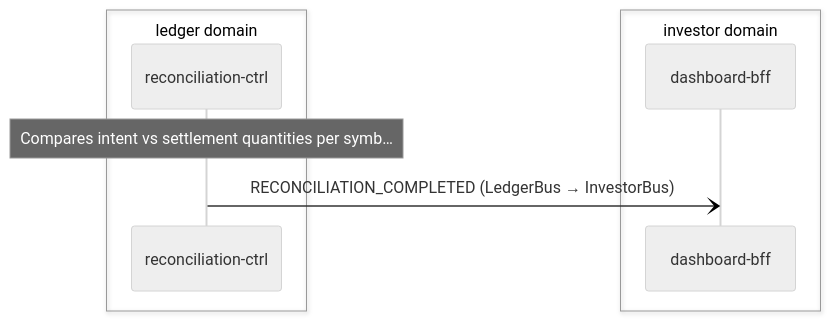
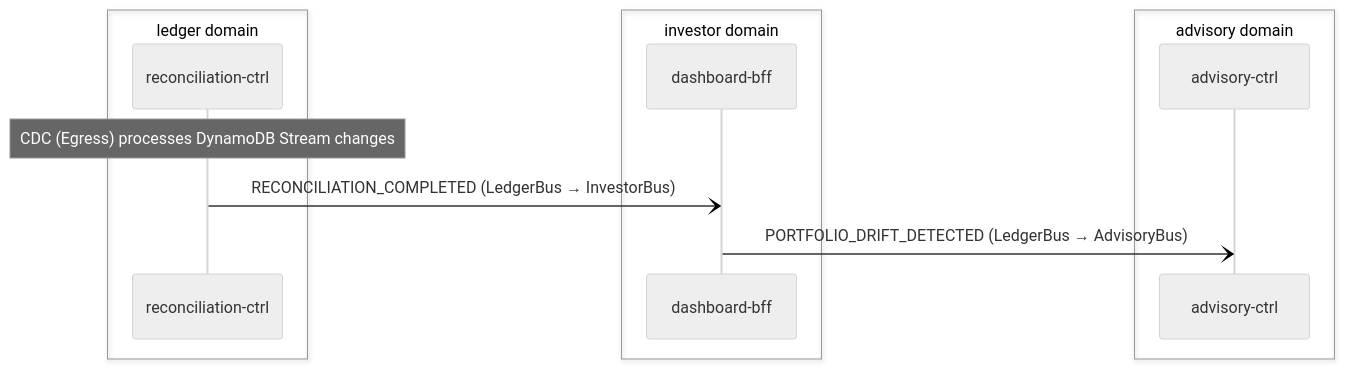
Before and after one commit to fabio-vitali/nestfolio: the second of 2 diagrams in docs/data-flows/reconciliation.md, drawn with Mermaid (neutral theme). The commit also changed other lines of this file and 53 other files, not shown here.

First line of the commit message:
docs: regenerate all service cards, flow specs, and C4 diagrams via /init-docs

````diff
--- a/docs/data-flows/reconciliation.md
+++ b/docs/data-flows/reconciliation.md
@@ -24,11 +28,15 @@
 ```mermaid
 sequenceDiagram
     box ledger domain
         participant reconciliation_ctrl as reconciliation-ctrl
     end
     box investor domain
         participant dashboard_bff as dashboard-bff
     end
-    Note over reconciliation_ctrl: Compares intent vs settlement quantities per symb…
+    box advisory domain
+        participant advisory_ctrl as advisory-ctrl
+    end
+    Note over reconciliation_ctrl: CDC (Egress) processes DynamoDB Stream changes
     reconciliation_ctrl-)dashboard_bff: RECONCILIATION_COMPLETED (LedgerBus → InvestorBus)
+    dashboard_bff-)advisory_ctrl: PORTFOLIO_DRIFT_DETECTED (LedgerBus → AdvisoryBus)
 ```
````
